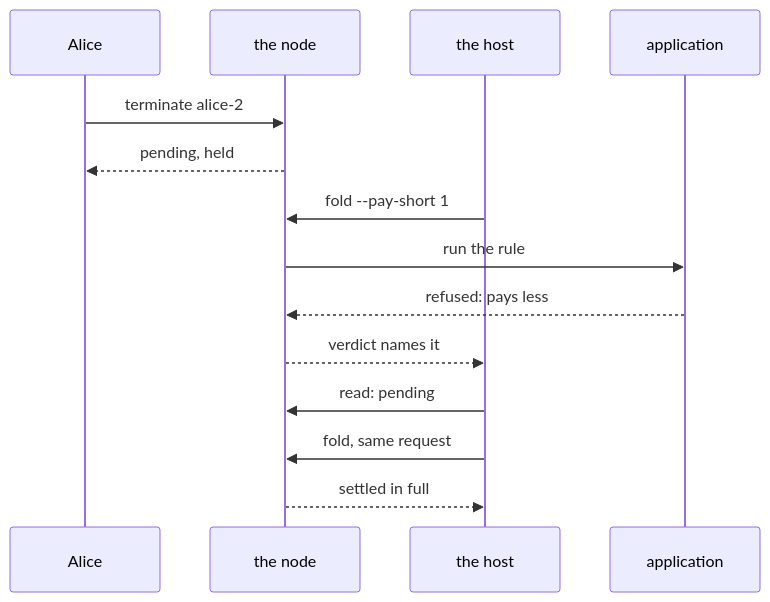
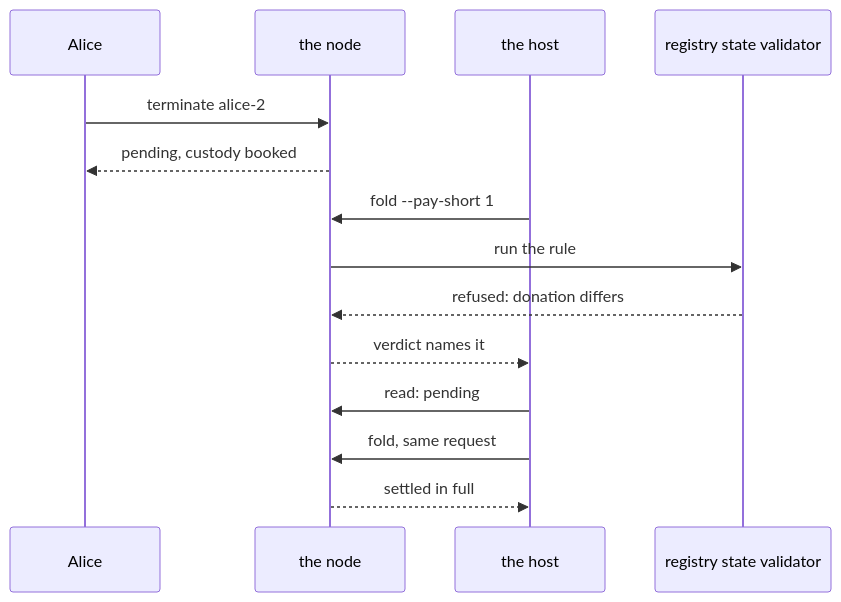
The second of 2 diagrams in docs/negative-host.md (lambdasistemi/singular), drawn with Mermaid before and after one commit. The commit also changed other lines of this file and 65 other files, not shown here.

````diff
--- a/docs/negative-host.md
+++ b/docs/negative-host.md
@@ -106,16 +107,16 @@
 ```mermaid
 sequenceDiagram
     participant Alice as Alice
     participant Node as the node
     participant Host as the host
-    participant App as application
+    participant App as registry state validator
     Alice->>Node: terminate alice-2
-    Node-->>Alice: pending, held
+    Node-->>Alice: pending, custody booked
     Host->>Node: fold --pay-short 1
     Node->>App: run the rule
-    App-->>Node: refused: pays less
+    App-->>Node: refused: donation differs
     Node-->>Host: verdict names it
     Host->>Node: read: pending
     Host->>Node: fold, same request
     Node-->>Host: settled in full
 ```
````
